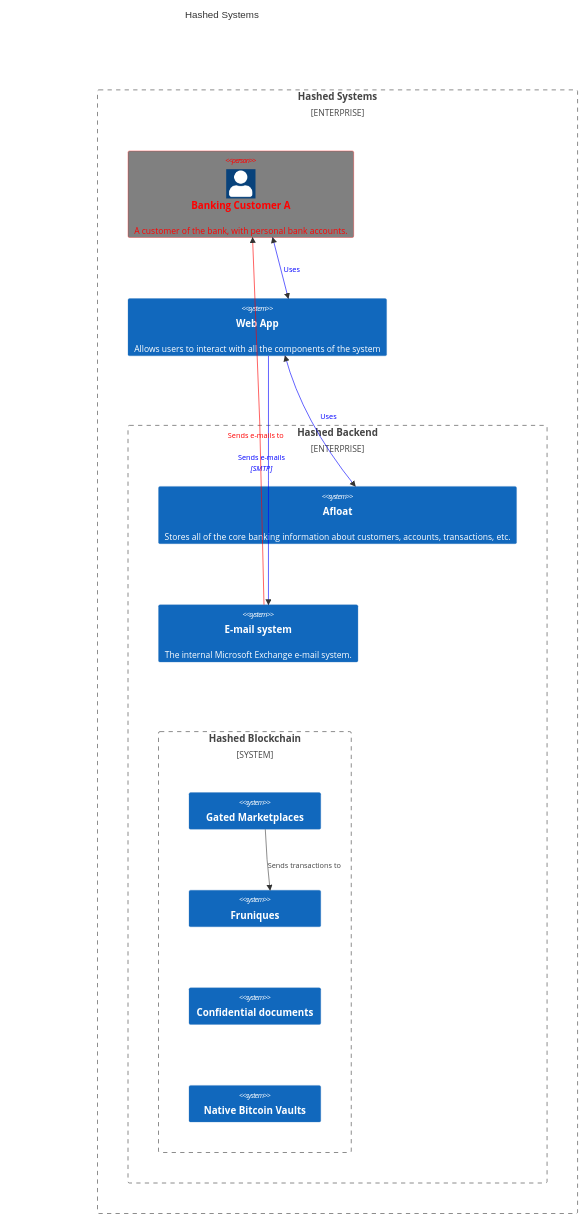
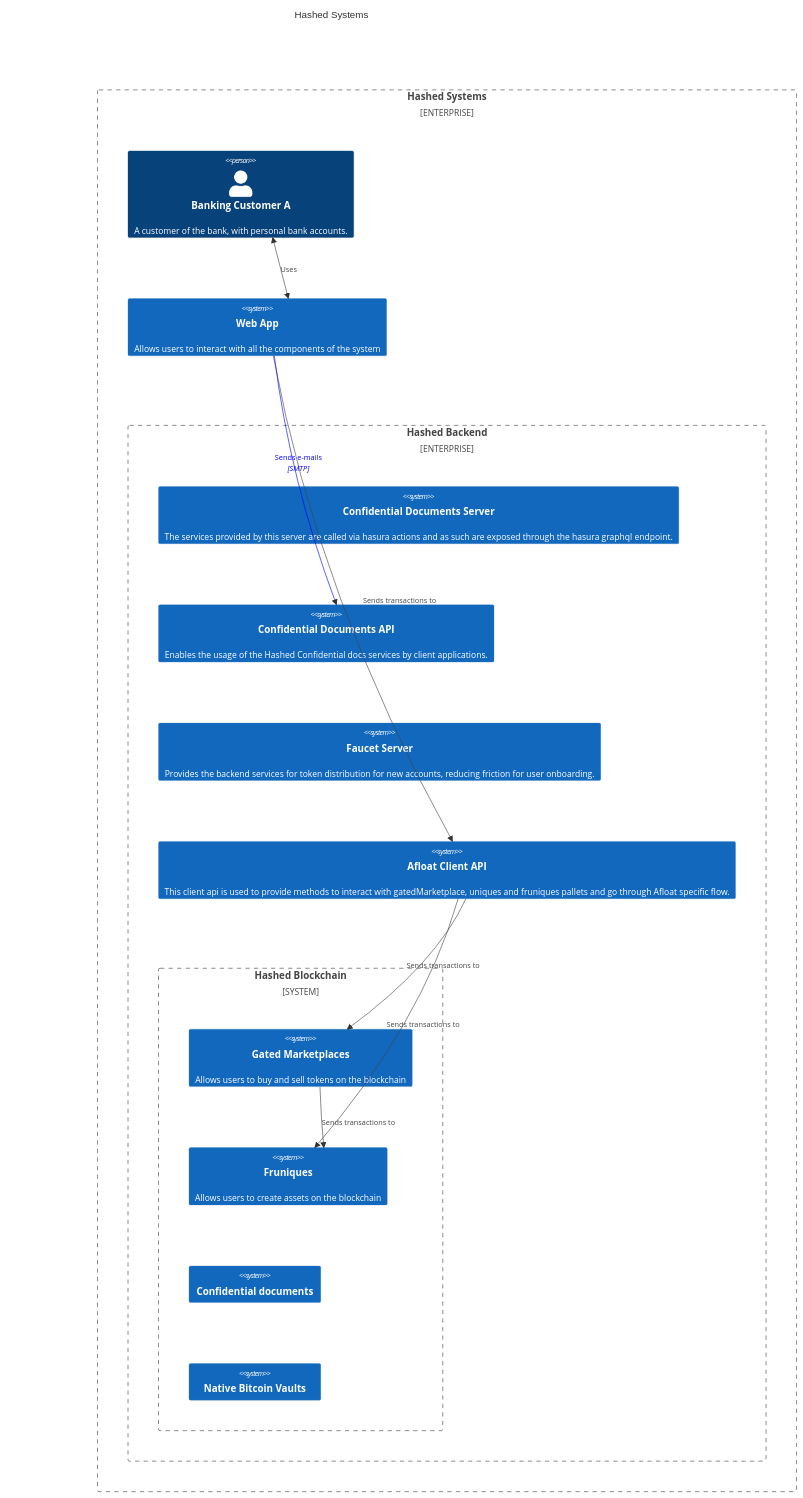
The diagram in docs/general_architecture.md (hashed-io/docs.hashed.network), drawn with Mermaid before and after one commit. The commit also changed other lines of this file, not shown here.

Commit message:
add description for services

````diff
--- a/docs/general_architecture.md
+++ b/docs/general_architecture.md
@@ -10,38 +8,43 @@
 ```mermaid
     C4Context
       title Hashed Systems
       Enterprise_Boundary(b0, "Hashed Systems") {
         Person(customerA, "Banking Customer A", "A customer of the bank, with personal bank accounts.")
 
-        System(WebAA, "Web App", "Allows users to interact with all the components of the system")
+        System(WebApp, "Web App", "Allows users to interact with all the components of the system")
 
         Enterprise_Boundary(b1, "Hashed Backend") {
 
-          System(SystemE, "Afloat", "Stores all of the core banking information about customers, accounts, transactions, etc.")
+          System(ConfidentialDocumentsServer, "Confidential Documents Server", "The services provided by this server are called via hasura actions and as such are exposed through the hasura graphql endpoint.")
+
+          System(ConfidentialDocumentsAPI, "Confidential Documents API", "Enables the usage of the Hashed Confidential docs services by client applications.")
+
+          System(FaucetServer, "Faucet Server", "Provides the backend services for token distribution for new accounts, reducing friction for user onboarding.")
+
+          System(AfloatClientAPI, "Afloat Client API", "This client api is used to provide methods to interact with gatedMarketplace, uniques and fruniques pallets and go through Afloat specific flow.")
 
           System_Boundary(b2, "Hashed Blockchain") {
-            System(SystemA, "Gated Marketplaces")
-            System(SystemB, "Fruniques")
-            System(SystemF, "Confidential documents")
-            System(SystemG, "Native Bitcoin Vaults")
+            System(GatedMarketplace, "Gated Marketplaces", "Allows users to buy and sell tokens on the blockchain")
+            System(FruniquesPallet, "Fruniques", "Allows users to create assets on the blockchain")
+            System(ConfidentialDocuments, "Confidential documents")
+            System(NativeBitcoinVaults, "Native Bitcoin Vaults")
           }
 
-          System(SystemC, "E-mail system", "The internal Microsoft Exchange e-mail system.")
         }
       }
 
-      BiRel(customerA, WebAA, "Uses")
-      BiRel(WebAA, SystemE, "Uses")
-      Rel(WebAA, SystemC, "Sends e-mails", "SMTP")
-      Rel(SystemC, customerA, "Sends e-mails to")
-      Rel(SystemA, SystemB, "<br>Sends transactions to")
+      BiRel(customerA, WebApp, "Uses")
 
-      UpdateElementStyle(customerA, $fontColor="red", $bgColor="grey", $borderColor="red")
-      UpdateRelStyle(customerA, WebAA, $textColor="blue", $lineColor="blue", $offsetX="5")
-      UpdateRelStyle(WebAA, SystemE, $textColor="blue", $lineColor="blue", $offsetY="-10")
-      UpdateRelStyle(WebAA, SystemC, $textColor="blue", $lineColor="blue", $offsetY="-40", $offsetX="-50")
-      UpdateRelStyle(SystemC, customerA, $textColor="red", $lineColor="red", $offsetX="-50", $offsetY="20")
+      Rel(WebApp, AfloatClientAPI, "Sends transactions to")
+      Rel(AfloatClientAPI, GatedMarketplace, "Sends transactions to")
+      Rel(AfloatClientAPI, FruniquesPallet, "Sends transactions to")
+
+      Rel(WebApp, ConfidentialDocumentsAPI, "Sends e-mails", "SMTP")
+      Rel(GatedMarketplace, FruniquesPallet, "<br>Sends transactions to")
+
+      UpdateRelStyle(WebApp, SystemE, $textColor="blue", $lineColor="blue", $offsetY="-10")
+      UpdateRelStyle(WebApp, ConfidentialDocumentsAPI, $textColor="blue", $lineColor="blue", $offsetY="-40", $offsetX="-50")
 
       UpdateLayoutConfig($c4ShapeInRow="2", $c4BoundaryInRow="1")
 
 ```
````
